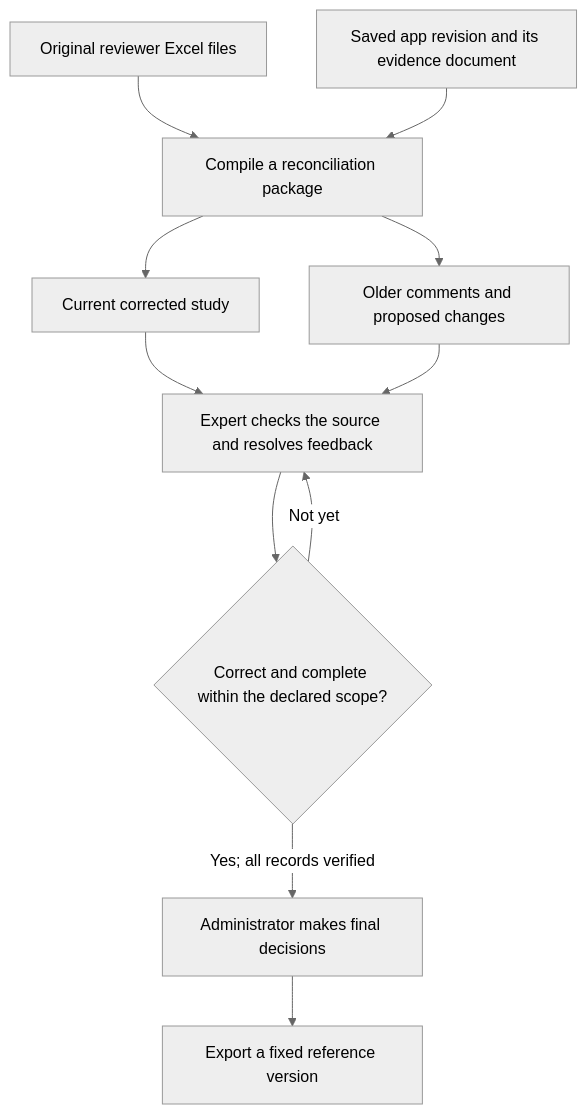
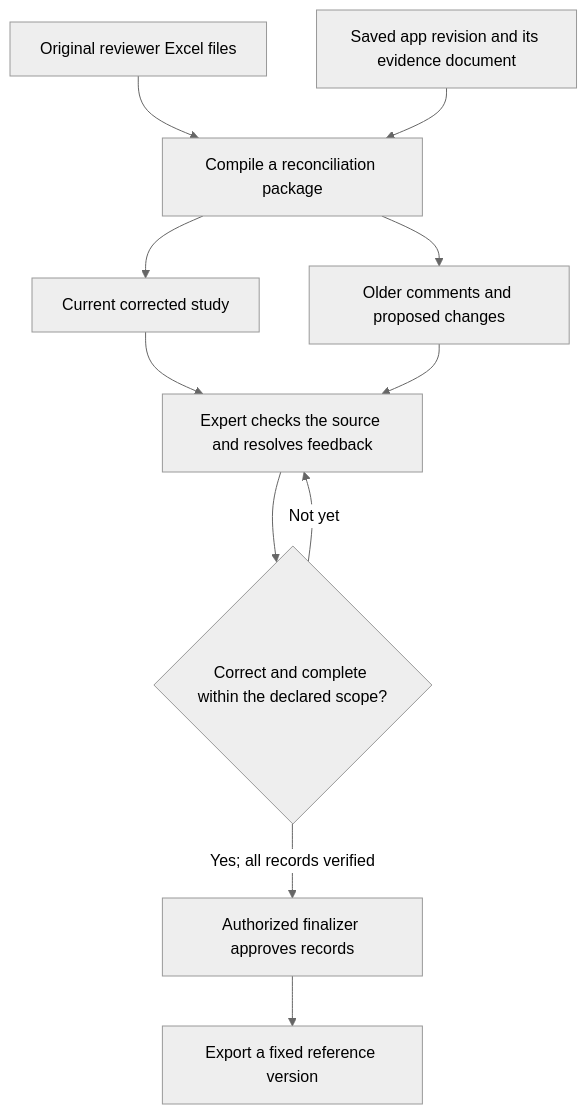
One commit to lamalab-org/perla-extract changed the first of 2 diagrams in docs/workflows/review-to-benchmark.md. Above: the diagram before and after it, drawn with Mermaid (neutral theme). The commit also changed other lines of this file and 8 other files, not shown here.

````diff
--- a/docs/workflows/review-to-benchmark.md
+++ b/docs/workflows/review-to-benchmark.md
@@ -47,13 +46,13 @@
 ```mermaid
 flowchart TD
     A[Original reviewer Excel files] --> C[Compile a reconciliation package]
     B[Saved app revision and its evidence document] --> C
     C --> D[Current corrected study]
     C --> E[Older comments and proposed changes]
     D --> F[Expert checks the source and resolves feedback]
     E --> F
     F --> G{Correct and complete within the declared scope?}
     G -->|Not yet| F
-    G -->|Yes; all records verified| H[Administrator makes final decisions]
+    G -->|Yes; all records verified| H[Authorized finalizer approves records]
     H --> I[Export a fixed reference version]
 ```
````
